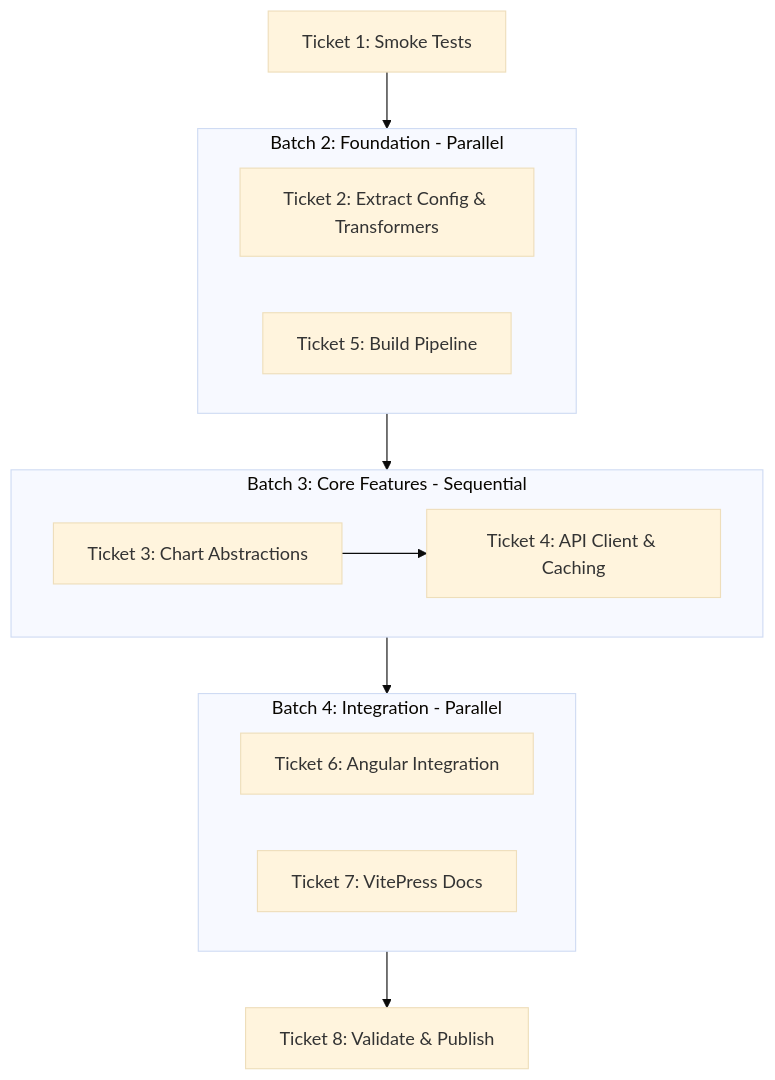
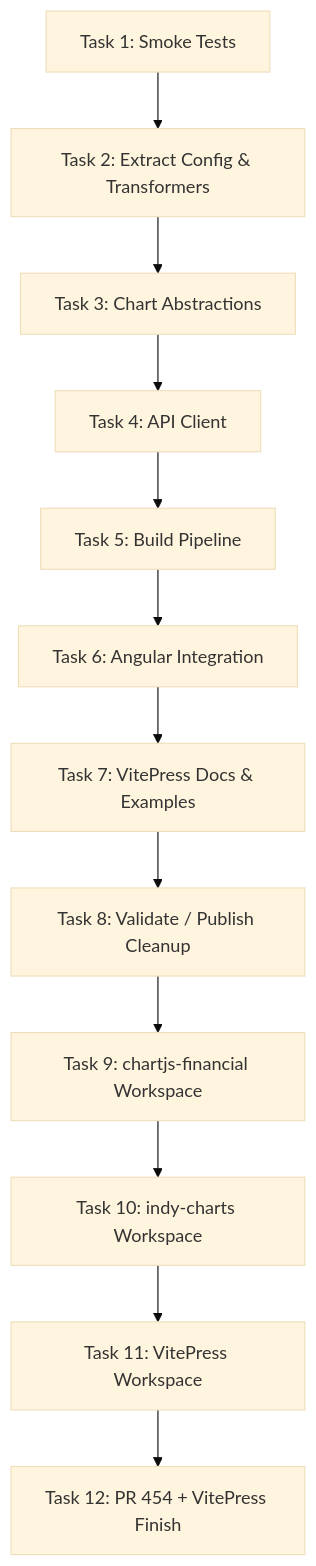
One commit to facioquo/stock-charts changed the diagram in docs/plans/reusable-components/plan.md. Above: the diagram before and after it, drawn with Mermaid (base theme). The commit also changed other lines of this file and 28 other files, not shown here.

````diff
--- a/docs/plans/reusable-components/plan.md
+++ b/docs/plans/reusable-components/plan.md
@@ -5,30 +30,18 @@
 ```mermaid
 graph TD
-    T1[Ticket 1: Smoke Tests]
-    T2[Ticket 2: Extract Config & Transformers]
-    T3[Ticket 3: Chart Abstractions]
-    T4[Ticket 4: API Client & Caching]
-    T5[Ticket 5: Build Pipeline]
-    T6[Ticket 6: Angular Integration]
-    T7[Ticket 7: VitePress Docs]
-    T8[Ticket 8: Validate & Publish]
+    T1[Task 1: Smoke Tests]
+    T2[Task 2: Extract Config & Transformers]
+    T3[Task 3: Chart Abstractions]
+    T4[Task 4: API Client]
+    T5[Task 5: Build Pipeline]
+    T6[Task 6: Angular Integration]
+    T7[Task 7: VitePress Docs & Examples]
+    T8[Task 8: Validate / Publish Cleanup]
+    T9[Task 9: chartjs-financial Workspace]
+    T10[Task 10: indy-charts Workspace]
+    T11[Task 11: VitePress Workspace]
+    T12[Task 12: PR 454 + VitePress Finish]
 
-    T1 --> Batch2
-    Batch2 --> Batch3
-    Batch3 --> Batch4
-    Batch4 --> T8
-
-    subgraph Batch2 [Batch 2: Foundation - Parallel]
-        T2
-        T5
-    end
-
-    subgraph Batch3 [Batch 3: Core Features - Sequential]
-        T3 --> T4
-    end
-
-    subgraph Batch4 [Batch 4: Integration - Parallel]
-        T6
-        T7
-    end
+    T1 --> T2 --> T3 --> T4 --> T5 --> T6 --> T7 --> T8
+    T8 --> T9 --> T10 --> T11 --> T12
 ```
````
